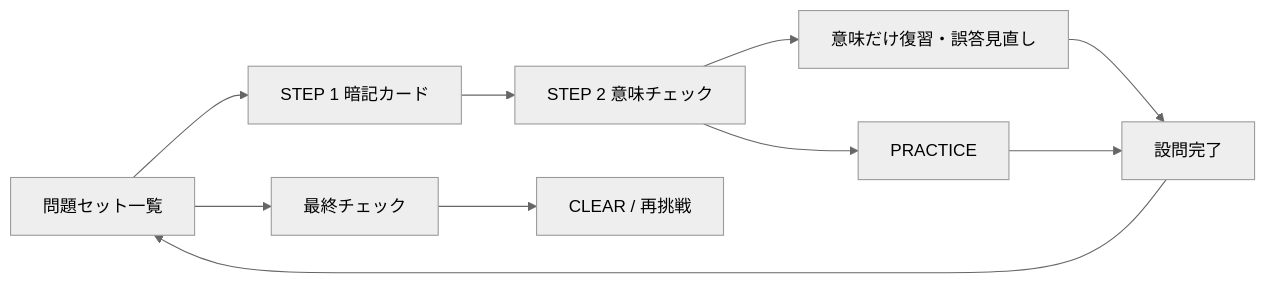
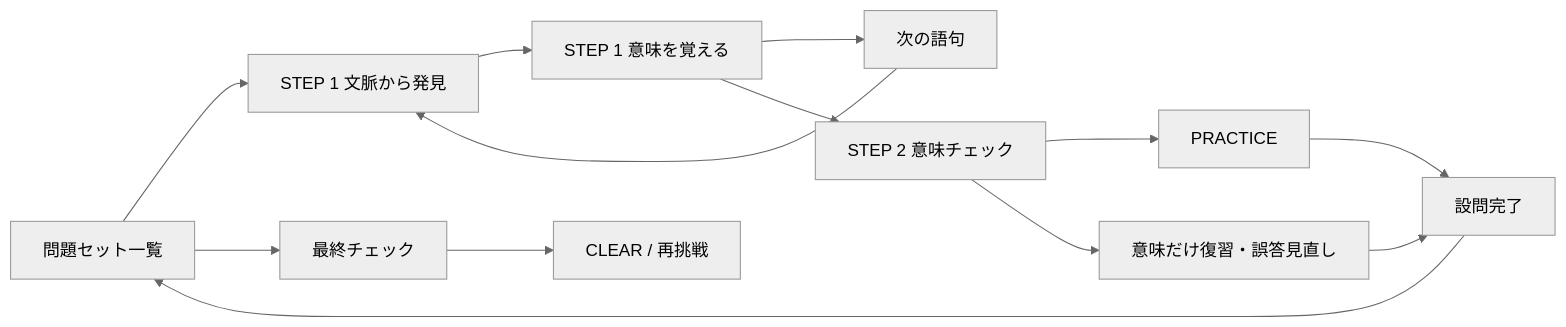
The diagram in docs/STATE_TRANSITIONS.md (shtomi-tech/eiken-q1-practice), drawn with Mermaid (neutral theme) before and after one commit. The commit also changed other lines of this file and 12 other files, not shown here.

Commit message:
Integrate context discovery into learning flow

````diff
--- a/docs/STATE_TRANSITIONS.md
+++ b/docs/STATE_TRANSITIONS.md
@@ -22,12 +22,15 @@
 ```mermaid
 flowchart LR
-  HOME[問題セット一覧] --> FLASH[STEP 1 暗記カード]
+  HOME[問題セット一覧] --> DISCOVERY[STEP 1 文脈から発見]
+  DISCOVERY --> FLASH[STEP 1 意味を覚える]
+  FLASH --> NEXT[次の語句]
+  NEXT --> DISCOVERY
   FLASH --> MEANING[STEP 2 意味チェック]
   MEANING --> PRACTICE
   MEANING --> MEANING_REVIEW[意味だけ復習・誤答見直し]
   MEANING_REVIEW --> DONE
   PRACTICE --> DONE[設問完了]
   DONE --> HOME
   HOME --> FINAL[最終チェック]
   FINAL --> CLEAR[CLEAR / 再挑戦]
 ```
````
